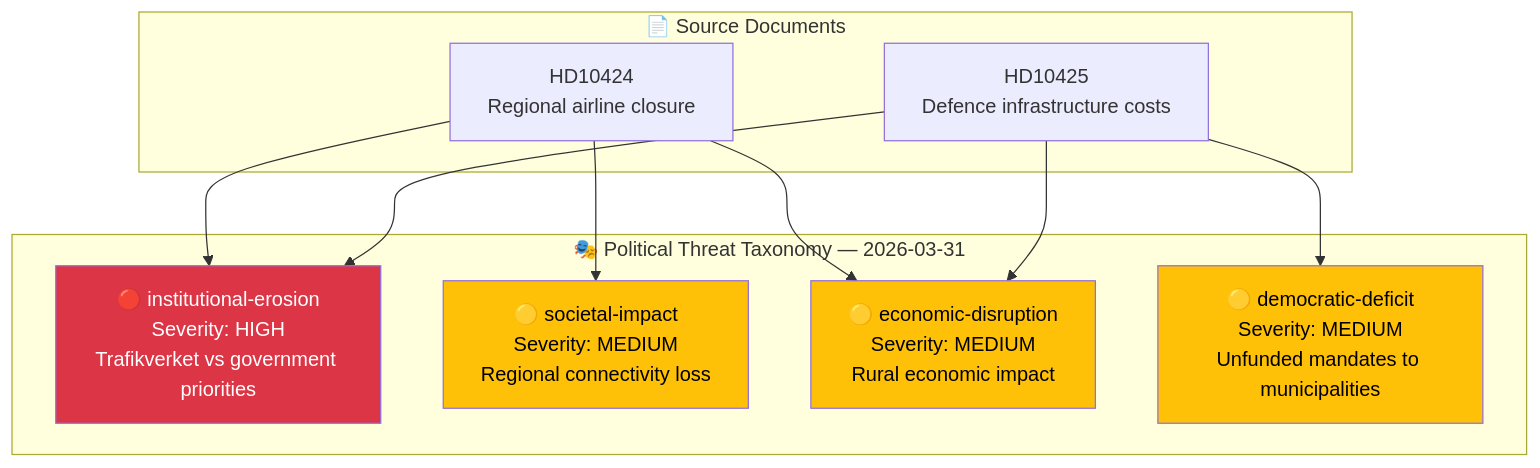
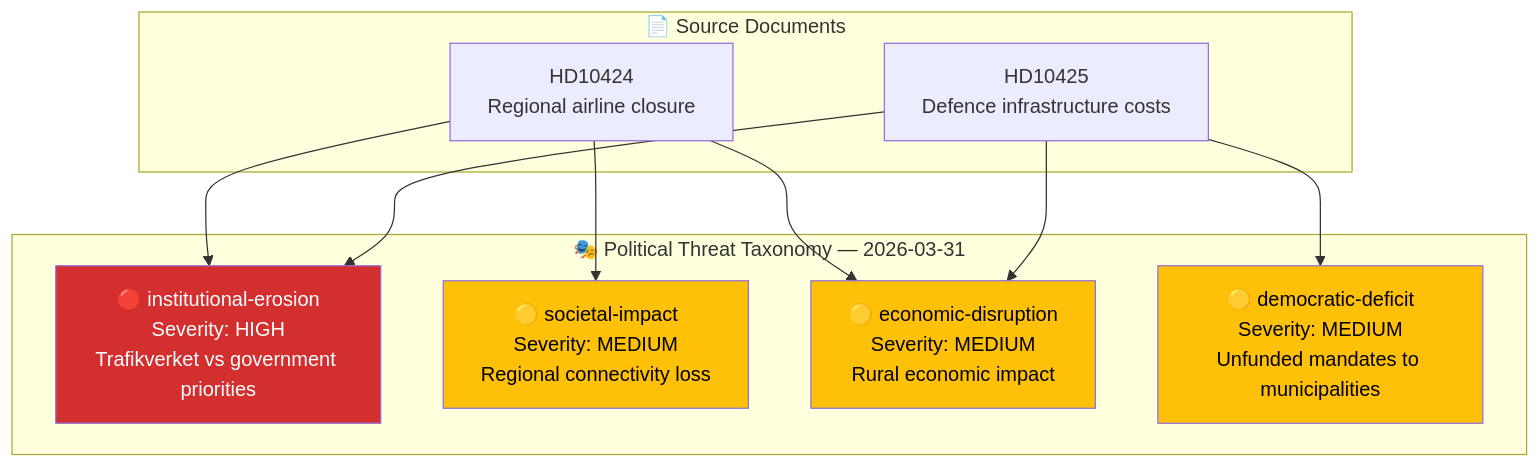
One commit to Hack23/riksdagsmonitor changed the diagram in analysis/daily/2026-03-31/interpellations/threat-analysis.md. Above: the diagram before and after it, drawn with Mermaid. The commit also changed 785 other files, not shown here.

First line of the commit message:
Normalize mermaid colors across 786 analysis artifacts to ISMS Style Guide palette

````diff
--- a/analysis/daily/2026-03-31/interpellations/threat-analysis.md
+++ b/analysis/daily/2026-03-31/interpellations/threat-analysis.md
@@ -12,26 +12,26 @@
 ```mermaid
 graph TD
     subgraph "🎭 Political Threat Taxonomy — 2026-03-31"
         IE["🔴 institutional-erosion<br/>Severity: HIGH<br/>Trafikverket vs government priorities"]
         SI["🟡 societal-impact<br/>Severity: MEDIUM<br/>Regional connectivity loss"]
         ED["🟡 economic-disruption<br/>Severity: MEDIUM<br/>Rural economic impact"]
         DD["🟡 democratic-deficit<br/>Severity: MEDIUM<br/>Unfunded mandates to municipalities"]
     end
 
     subgraph "📄 Source Documents"
         HD24["HD10424<br/>Regional airline closure"]
         HD25["HD10425<br/>Defence infrastructure costs"]
     end
 
     HD24 --> IE
     HD24 --> SI
     HD24 --> ED
     HD25 --> IE
     HD25 --> DD
     HD25 --> ED
 
-    style IE fill:#dc3545,color:#fff
-    style SI fill:#ffc107,color:#000
-    style ED fill:#ffc107,color:#000
-    style DD fill:#ffc107,color:#000
+    style IE fill:#D32F2F,color:#FFFFFF
+    style SI fill:#FFC107,color:#000000
+    style ED fill:#FFC107,color:#000000
+    style DD fill:#FFC107,color:#000000
 ```
````
